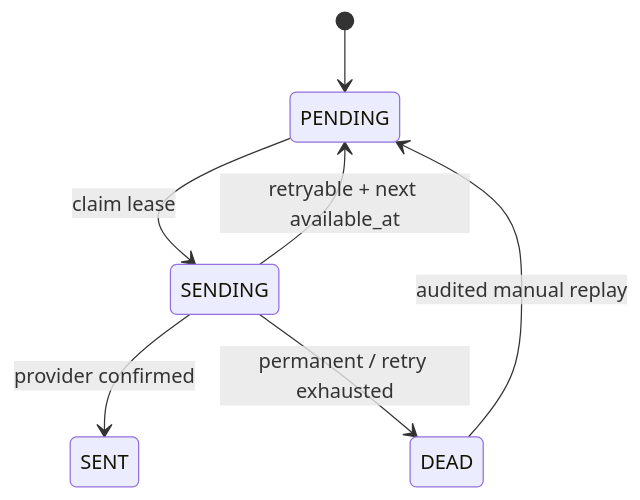
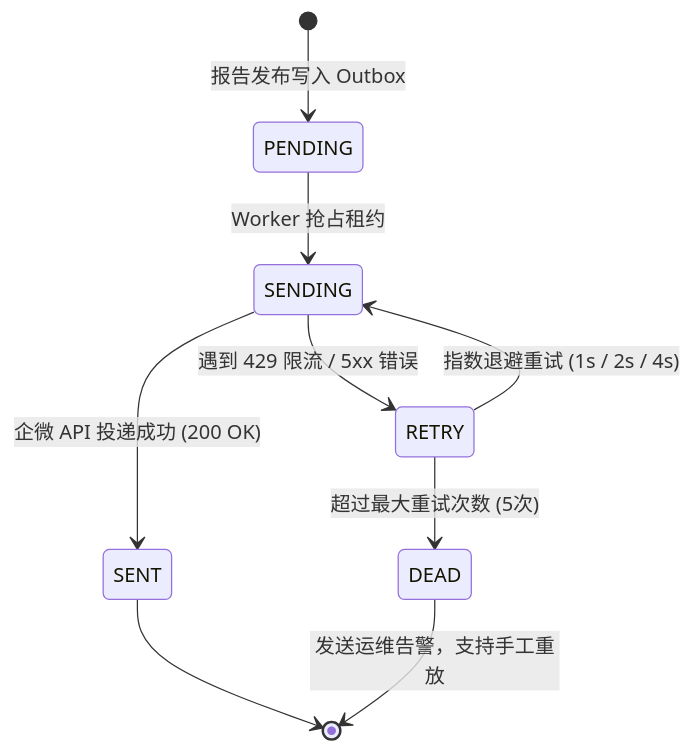
The fifth of 6 diagrams in docs/10.WealthSail-MVP前后端实现与系统部署规范.md (sinojelly/wealthsail), drawn with Mermaid before and after one commit. The commit also changed other lines of this file, not shown here.

````diff
--- a/docs/10.WealthSail-MVP前后端实现与系统部署规范.md
+++ b/docs/10.WealthSail-MVP前后端实现与系统部署规范.md
@@ -595,9 +301,11 @@
 ```mermaid
 stateDiagram-v2
-    [*] --> PENDING
-    PENDING --> SENDING: claim lease
-    SENDING --> SENT: provider confirmed
-    SENDING --> PENDING: retryable + next available_at
-    SENDING --> DEAD: permanent / retry exhausted
-    DEAD --> PENDING: audited manual replay
+    [*] --> PENDING: 报告发布写入 Outbox
+    PENDING --> SENDING: Worker 抢占租约
+    SENDING --> SENT: 企微 API 投递成功 (200 OK)
+    SENDING --> RETRY: 遇到 429 限流 / 5xx 错误
+    RETRY --> SENDING: 指数退避重试 (1s / 2s / 4s)
+    RETRY --> DEAD: 超过最大重试次数 (5次)
+    SENT --> [*]
+    DEAD --> [*]: 发送运维告警，支持手工重放
 ```
````
